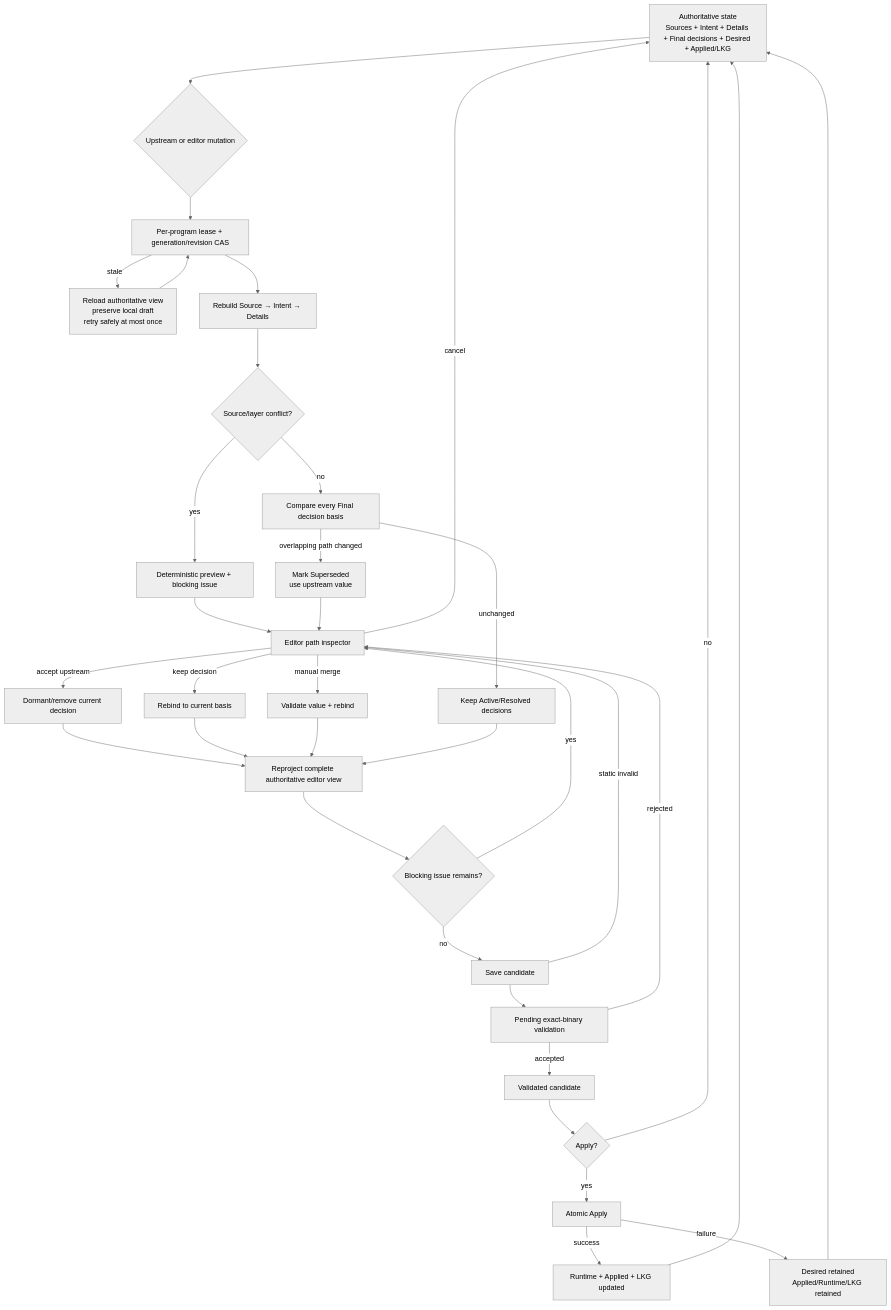
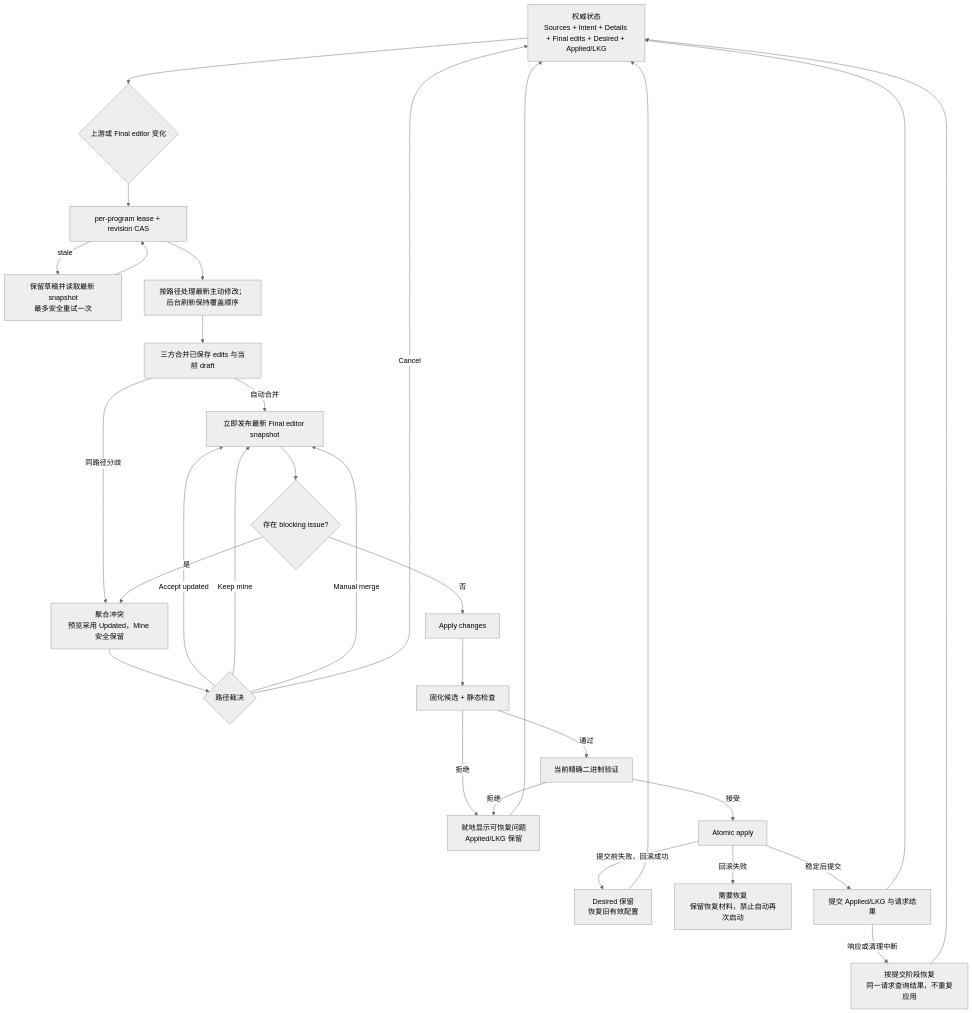
Before and after one commit to camellia-computing/nexus: the diagram in nexus-client-plan.md, drawn with Mermaid (neutral theme). The commit also changed other lines of this file and 82 other files, not shown here.

Commit message:
feat(config): unify core admission and final configuration flow

````diff
--- a/nexus-client-plan.md
+++ b/nexus-client-plan.md
@@ -49,38 +147,33 @@
 ```mermaid
 flowchart TD
-  A["Authoritative state<br/>Sources + Intent + Details + Final decisions + Desired + Applied/LKG"]
-    --> B{"Upstream or editor mutation"}
-  B --> C["Per-program lease + generation/revision CAS"]
-  C -->|stale| D["Reload authoritative view<br/>preserve local draft<br/>retry safely at most once"]
+  A["权威状态<br/>Sources + Intent + Details + Final edits + Desired + Applied/LKG"]
+    --> B{"上游或 Final editor 变化"}
+  B --> C["per-program lease + revision CAS"]
+  C -->|stale| D["保留草稿并读取最新 snapshot<br/>最多安全重试一次"]
   D --> C
-  C --> E["Rebuild Source → Intent → Details"]
-  E --> F{"Source/layer conflict?"}
-  F -->|yes| G["Deterministic preview + blocking issue"]
-  F -->|no| H["Compare every Final decision basis"]
-  H -->|unchanged| I["Keep Active/Resolved decisions"]
-  H -->|overlapping path changed| J["Mark Superseded<br/>use upstream value"]
-  G --> K["Editor path inspector"]
-  J --> K
-  K -->|accept upstream| L["Dormant/remove current decision"]
-  K -->|keep decision| M["Rebind to current basis"]
-  K -->|manual merge| N["Validate value + rebind"]
-  K -->|cancel| A
-  L --> O["Reproject complete authoritative editor view"]
-  M --> O
-  N --> O
-  I --> O
-  O --> P{"Blocking issue remains?"}
-  P -->|yes| K
-  P -->|no| Q["Save candidate"]
-  Q -->|static invalid| K
-  Q --> R["Pending exact-binary validation"]
-  R -->|rejected| K
-  R -->|accepted| S["Validated candidate"]
-  S --> T{"Apply?"}
-  T -->|no| A
-  T -->|yes| U["Atomic Apply"]
-  U -->|success| V["Runtime + Applied + LKG updated"]
-  U -->|failure| W["Desired retained<br/>Applied/Runtime/LKG retained"]
-  V --> A
-  W --> A
+  C --> E["按路径处理最新主动修改；后台刷新保持覆盖顺序"]
+  E --> F["三方合并已保存 edits 与当前 draft"]
+  F -->|自动合并| G["立即发布最新 Final editor snapshot"]
+  F -->|同路径分歧| H["聚合冲突<br/>预览采用 Updated，Mine 安全保留"]
+  H --> I{"路径裁决"}
+  I -->|Accept updated| G
+  I -->|Keep mine| G
+  I -->|Manual merge| G
+  I -->|Cancel| A
+  G --> J{"存在 blocking issue?"}
+  J -->|是| H
+  J -->|否| K["Apply changes"]
+  K --> L["固化候选 + 静态检查"]
+  L -->|拒绝| M["就地显示可恢复问题<br/>Applied/LKG 保留"]
+  L -->|通过| N["当前精确二进制验证"]
+  N -->|拒绝| M
+  N -->|接受| O["Atomic apply"]
+  O -->|提交前失败，回滚成功| P["Desired 保留<br/>恢复旧有效配置"]
+  O -->|回滚失败| R["需要恢复<br/>保留恢复材料，禁止自动再次启动"]
+  O -->|稳定后提交| Q["提交 Applied/LKG 与请求结果"]
+  Q -->|响应或清理中断| S["按提交阶段恢复<br/>同一请求查询结果，不重复应用"]
+  M --> A
+  P --> A
+  Q --> A
+  S --> A
 ```
````
